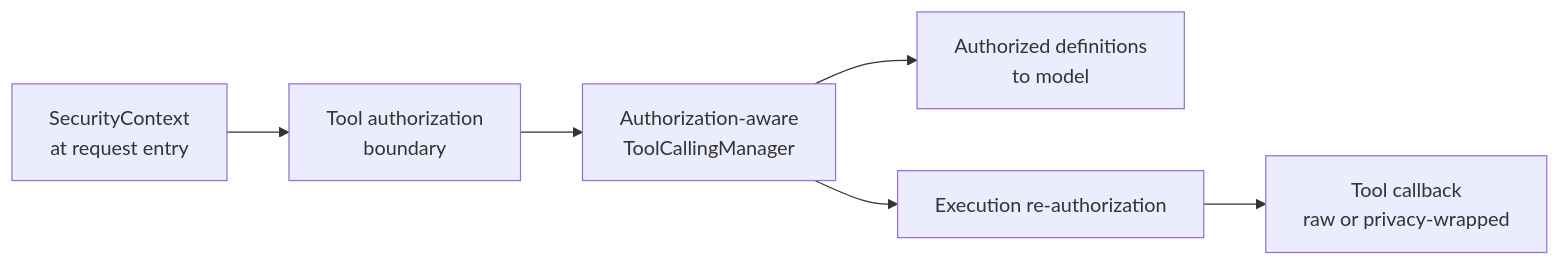
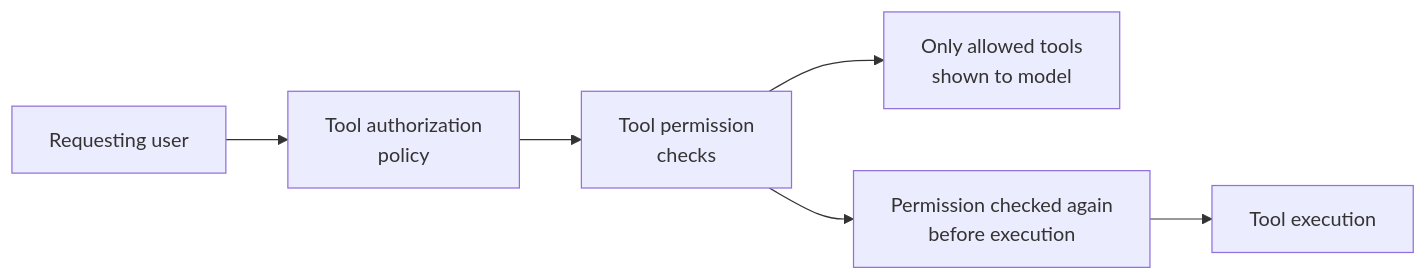
One commit to ultramancode/spring-ai-privacy-guardrails changed the fourth of 4 diagrams in docs/architecture.md. Above: the diagram before and after it, drawn with Mermaid. The commit also changed other lines of this file and 21 other files, not shown here.

Commit message:
docs: add tool authorization guide and improve documentation

````diff
--- a/docs/architecture.md
+++ b/docs/architecture.md
@@ -258,8 +258,8 @@
 ```mermaid
 flowchart LR
-    A["SecurityContext<br/>at request entry"] --> B["Tool authorization<br/>boundary"]
-    B --> D["Authorization-aware<br/>ToolCallingManager"]
-    D --> E["Authorized definitions<br/>to model"]
-    D --> F["Execution re-authorization"]
-    F --> G["Tool callback<br/>raw or privacy-wrapped"]
+    A["Requesting user"] --> B["Tool authorization<br/>policy"]
+    B --> D["Tool permission<br/>checks"]
+    D --> E["Only allowed tools<br/>shown to model"]
+    D --> F["Permission checked again<br/>before execution"]
+    F --> G["Tool execution"]
 ```
````
